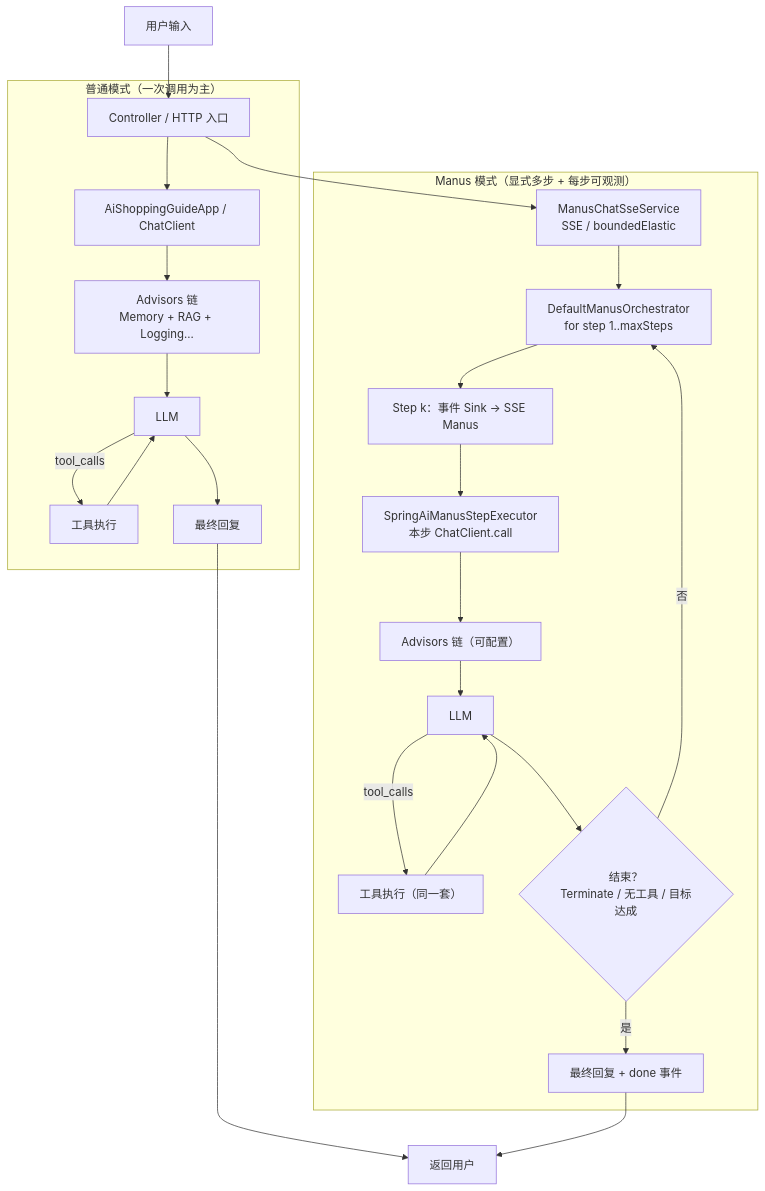
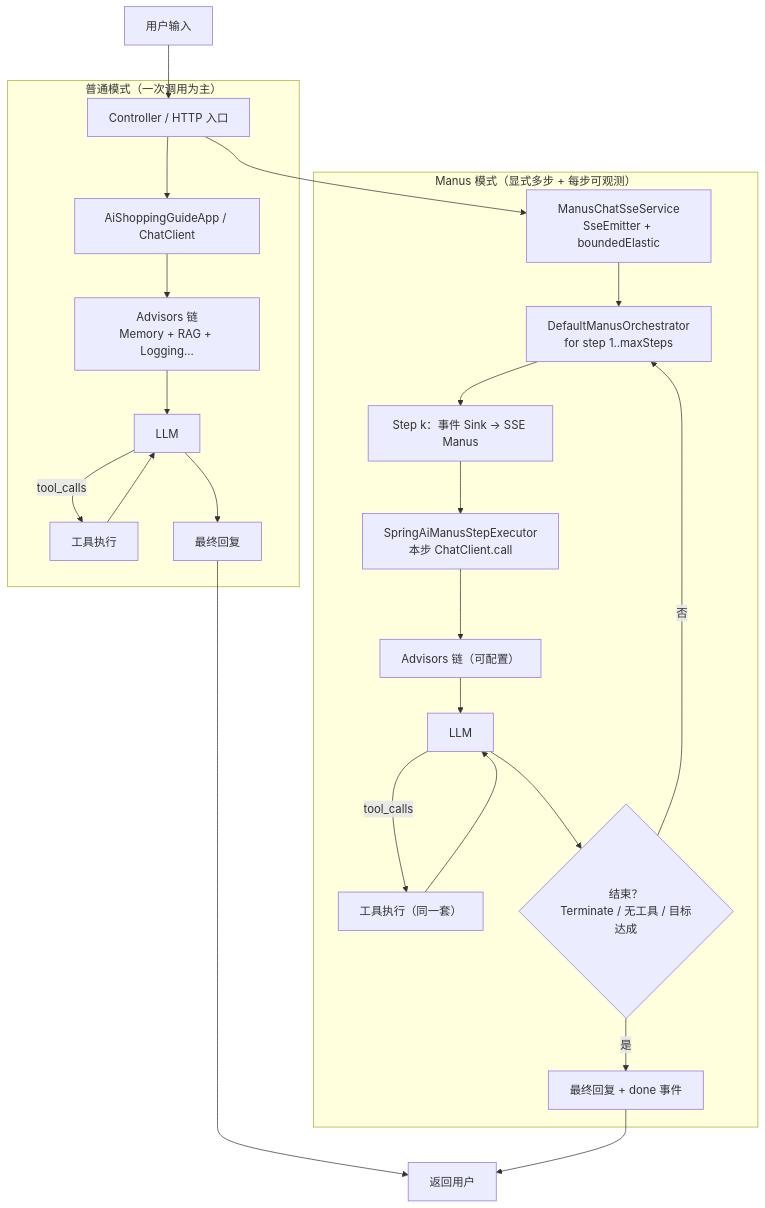
Before and after one commit to leungtzemeen/gen-ai-agent-java: the first of 3 diagrams in docs/MANUS-ARCHITECTURE.md, drawn with Mermaid. The commit also changed 7 other files, not shown here.

First line of the commit message:
fix(manus): Manus 接口改用 SseEmitter 推送 SSE

````diff
--- a/docs/MANUS-ARCHITECTURE.md
+++ b/docs/MANUS-ARCHITECTURE.md
@@ -13,30 +13,30 @@
 ```mermaid
 flowchart TB
   U[用户输入] --> API[Controller / HTTP 入口]
 
   subgraph NORMAL[普通模式（一次调用为主）]
     API --> APP1[AiShoppingGuideApp / ChatClient]
     APP1 --> ADV1[Advisors 链<br/>Memory + RAG + Logging...]
     ADV1 --> LLM1[LLM]
     LLM1 -->|tool_calls| TOOLS1[工具执行]
     TOOLS1 --> LLM1
     LLM1 --> OUT1[最终回复]
   end
 
   subgraph Manus[Manus 模式（显式多步 + 每步可观测）]
-    API --> MC[ManusChatSseService<br/>SSE / boundedElastic]
+    API --> MC[ManusChatSseService<br/>SseEmitter + boundedElastic]
     MC --> ORCH[DefaultManusOrchestrator<br/>for step 1..maxSteps]
     ORCH --> STEP[Step k：事件 Sink → SSE Manus]
     STEP --> CALL[SpringAiManusStepExecutor<br/>本步 ChatClient.call]
     CALL --> ADV2[Advisors 链（可配置）]
     ADV2 --> LLM2[LLM]
     LLM2 -->|tool_calls| TOOLS2[工具执行（同一套）]
     TOOLS2 --> LLM2
     LLM2 --> DECIDE{结束？<br/>Terminate / 无工具 / 目标达成}
     DECIDE -->|否| ORCH
     DECIDE -->|是| OUT2[最终回复 + done 事件]
   end
 
   OUT1 --> R[返回用户]
   OUT2 --> R
 ```
````
